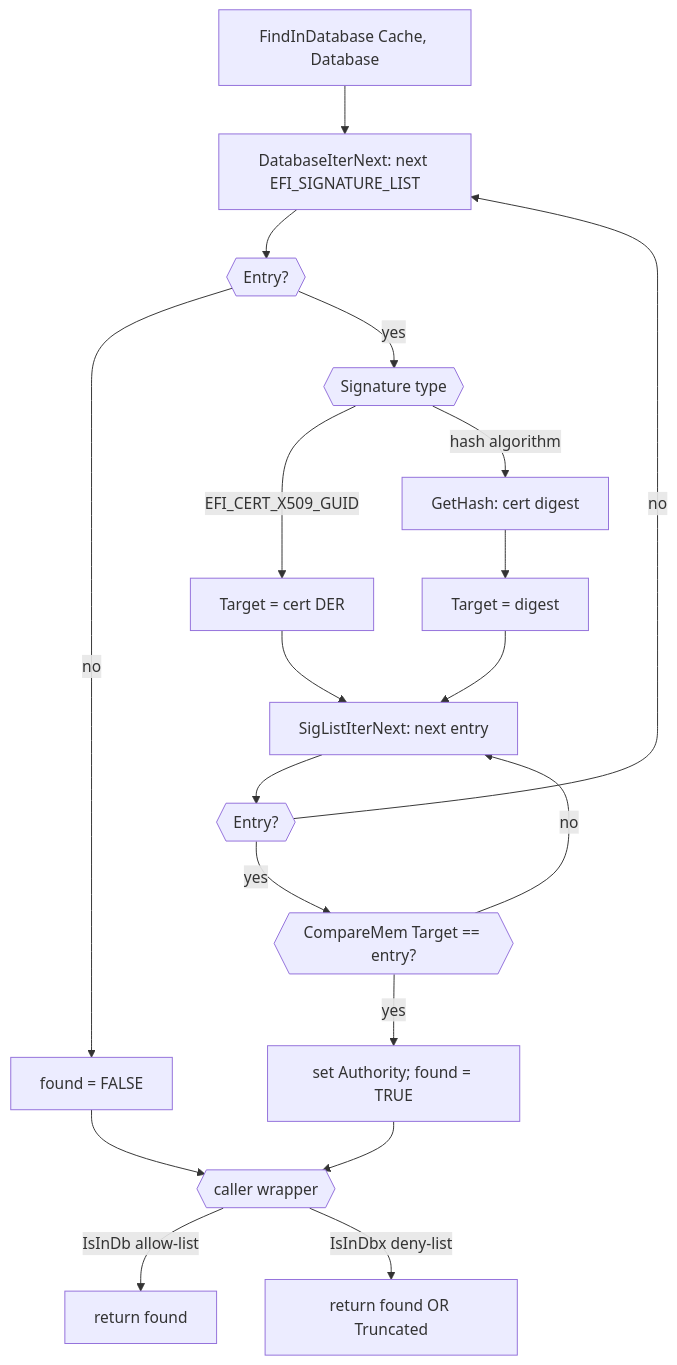
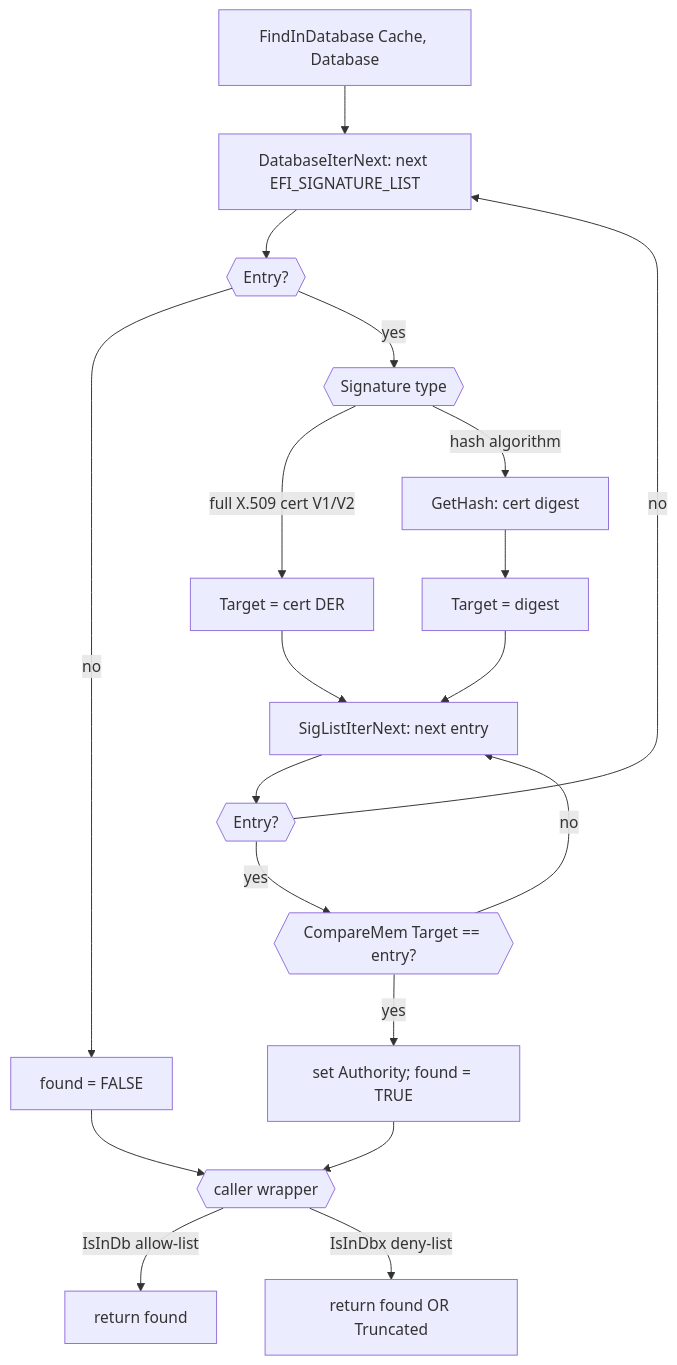
The third of 5 diagrams in SecurityPkg/Library/DxeImageVerificationLib2/README.md (Javagedes/mu_basecore), drawn with Mermaid before and after one commit. The commit also changed other lines of this file and 5 other files, not shown here.

````diff
--- a/SecurityPkg/Library/DxeImageVerificationLib2/README.md
+++ b/SecurityPkg/Library/DxeImageVerificationLib2/README.md
@@ -166,21 +175,21 @@
 ```mermaid
 flowchart TD
     A[FindInDatabase Cache, Database] --> E[DatabaseIterNext: next EFI_SIGNATURE_LIST]
     E --> E1{{Entry?}}
     E1 -- no --> RF[found = FALSE]
     E1 -- yes --> TY{{Signature type}}
-    TY -- EFI_CERT_X509_GUID --> ST[Target = cert DER]
+    TY -- full X.509 cert V1/V2 --> ST[Target = cert DER]
     TY -- hash algorithm --> GH[GetHash: cert digest]
     GH --> ST2[Target = digest]
     ST --> EN[SigListIterNext: next entry]
     ST2 --> EN
     EN --> EN1{{Entry?}}
     EN1 -- no --> E
     EN1 -- yes --> CM{{CompareMem Target == entry?}}
     CM -- no --> EN
     CM -- yes --> FD[set Authority; found = TRUE]
     FD --> RET{{caller wrapper}}
     RF --> RET
     RET -- IsInDb allow-list --> RB[return found]
     RET -- IsInDbx deny-list --> RX[return found OR Truncated]
 ```
````
